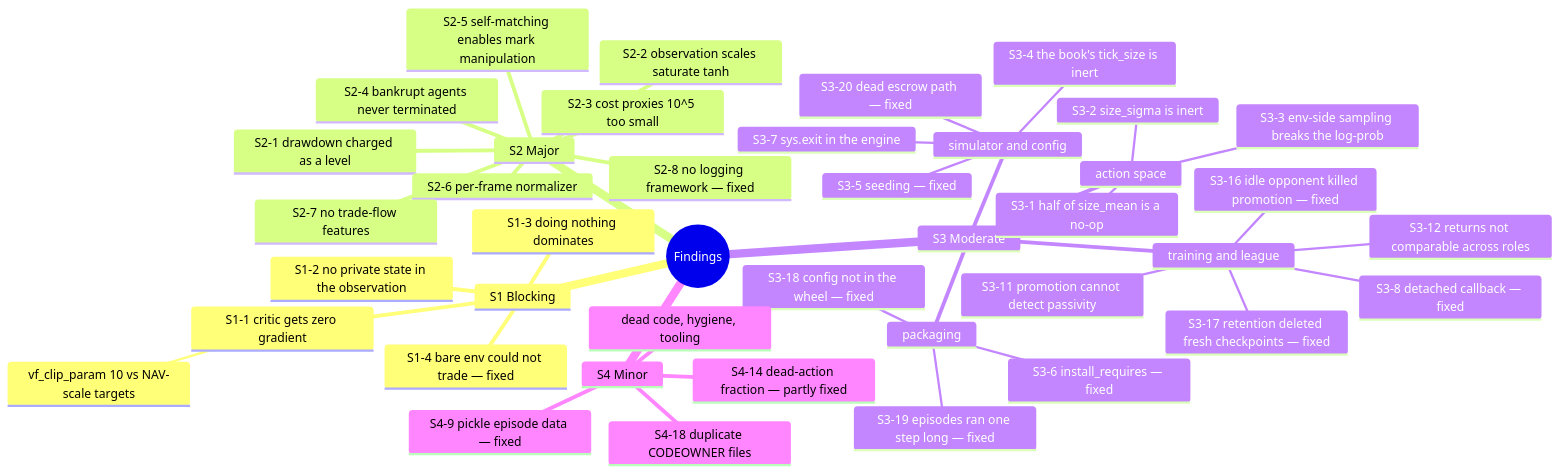
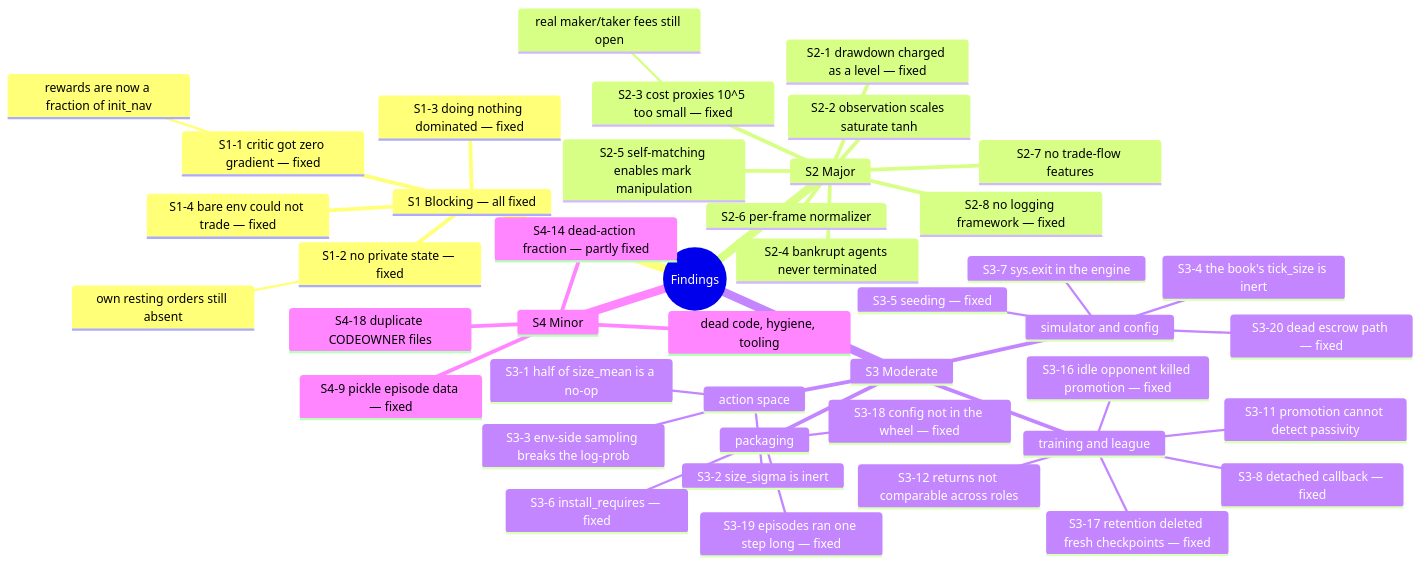
The diagram in doc/15_findings_and_recommendations.md (ChuaCheowHuan/gym-continuousDoubleAuction), drawn with Mermaid before and after one commit. The commit also changed other lines of this file and 15 other files, not shown here.

````diff
--- a/doc/15_findings_and_recommendations.md
+++ b/doc/15_findings_and_recommendations.md
@@ -11,44 +11,46 @@
 ```mermaid
 mindmap
   root((Findings))
-    S1 Blocking
-      S1-1 critic gets zero gradient
-        vf_clip_param 10 vs NAV-scale targets
-      S1-2 no private state in the observation
-      S1-3 doing nothing dominates
+    S1 Blocking — all fixed
+      S1-1 critic got zero gradient — fixed
+        rewards are now a fraction of init_nav
+      S1-2 no private state — fixed
+        own resting orders still absent
+      S1-3 doing nothing dominated — fixed
       S1-4 bare env could not trade — fixed
     S2 Major
-      S2-1 drawdown charged as a level
+      S2-1 drawdown charged as a level — fixed
       S2-2 observation scales saturate tanh
-      S2-3 cost proxies 10^5 too small
+      S2-3 cost proxies 10^5 too small — fixed
+        real maker/taker fees still open
       S2-4 bankrupt agents never terminated
       S2-5 self-matching enables mark manipulation
       S2-6 per-frame normalizer
       S2-7 no trade-flow features
       S2-8 no logging framework — fixed
     S3 Moderate
       action space
         S3-1 half of size_mean is a no-op
         S3-2 size_sigma is inert
         S3-3 env-side sampling breaks the log-prob
       simulator and config
         S3-4 the book's tick_size is inert
         S3-5 seeding — fixed
         S3-7 sys.exit in the engine
         S3-20 dead escrow path — fixed
       training and league
         S3-8 detached callback — fixed
         S3-11 promotion cannot detect passivity
         S3-12 returns not comparable across roles
         S3-16 idle opponent killed promotion — fixed
         S3-17 retention deleted fresh checkpoints — fixed
       packaging
         S3-6 install_requires — fixed
         S3-18 config not in the wheel — fixed
         S3-19 episodes ran one step long — fixed
     S4 Minor
       dead code, hygiene, tooling
       S4-9 pickle episode data — fixed
       S4-14 dead-action fraction — partly fixed
       S4-18 duplicate CODEOWNER files
 ```
````
